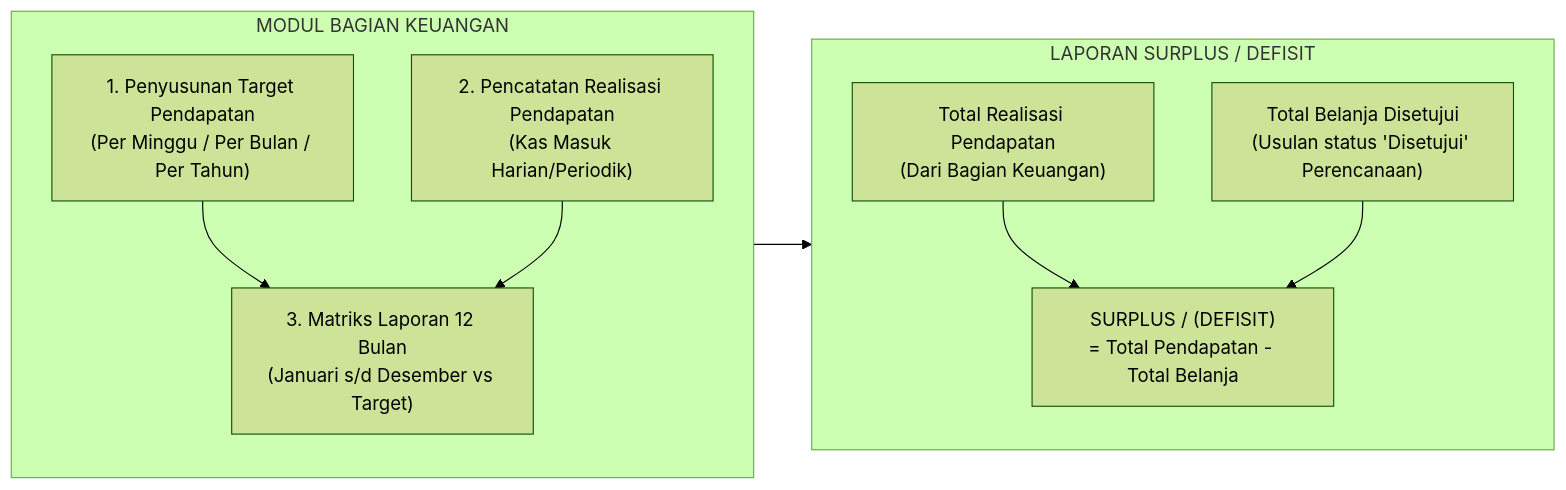
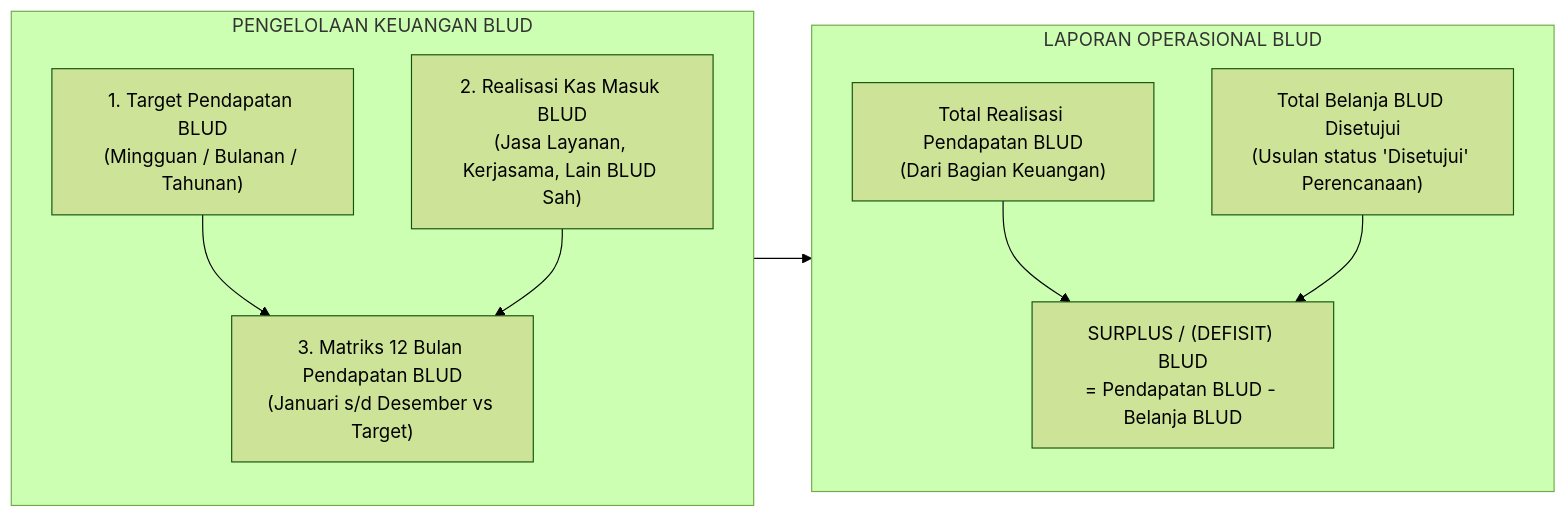
One commit to NabilSH20/si-blud changed the second of 2 diagrams in issue.md. Above: the diagram before and after it, drawn with Mermaid (forest theme). The commit also changed other lines of this file, not shown here.

Commit message:
docs: revisi issue #11 fokus murni tata kelola BLUD dan pembersihan pos non-BLUD

````diff
--- a/issue.md
+++ b/issue.md
@@ -68,24 +71,24 @@
 ```mermaid
 flowchart LR
-    subgraph KEU["MODUL BAGIAN KEUANGAN"]
+    subgraph KEU["PENGELOLAAN KEUANGAN BLUD"]
         direction TB
-        K1["1. Penyusunan Target Pendapatan<br/>(Per Minggu / Per Bulan / Per Tahun)"]
-        K2["2. Pencatatan Realisasi Pendapatan<br/>(Kas Masuk Harian/Periodik)"]
-        K3["3. Matriks Laporan 12 Bulan<br/>(Januari s/d Desember vs Target)"]
+        K1["1. Target Pendapatan BLUD<br/>(Mingguan / Bulanan / Tahunan)"]
+        K2["2. Realisasi Kas Masuk BLUD<br/>(Jasa Layanan, Kerjasama, Lain BLUD Sah)"]
+        K3["3. Matriks 12 Bulan Pendapatan BLUD<br/>(Januari s/d Desember vs Target)"]
         
         K1 --> K3
         K2 --> K3
     end
 
-    subgraph LAP["LAPORAN SURPLUS / DEFISIT"]
+    subgraph LAP["LAPORAN OPERASIONAL BLUD"]
         direction TB
-        L1["Total Realisasi Pendapatan<br/>(Dari Bagian Keuangan)"]
-        L2["Total Belanja Disetujui<br/>(Usulan status 'Disetujui' Perencanaan)"]
-        L3["SURPLUS / (DEFISIT)<br/>= Total Pendapatan - Total Belanja"]
+        L1["Total Realisasi Pendapatan BLUD<br/>(Dari Bagian Keuangan)"]
+        L2["Total Belanja BLUD Disetujui<br/>(Usulan status 'Disetujui' Perencanaan)"]
+        L3["SURPLUS / (DEFISIT) BLUD<br/>= Pendapatan BLUD - Belanja BLUD"]
         
         L1 --> L3
         L2 --> L3
     end
 
     K3 --> L1
 ```
````
